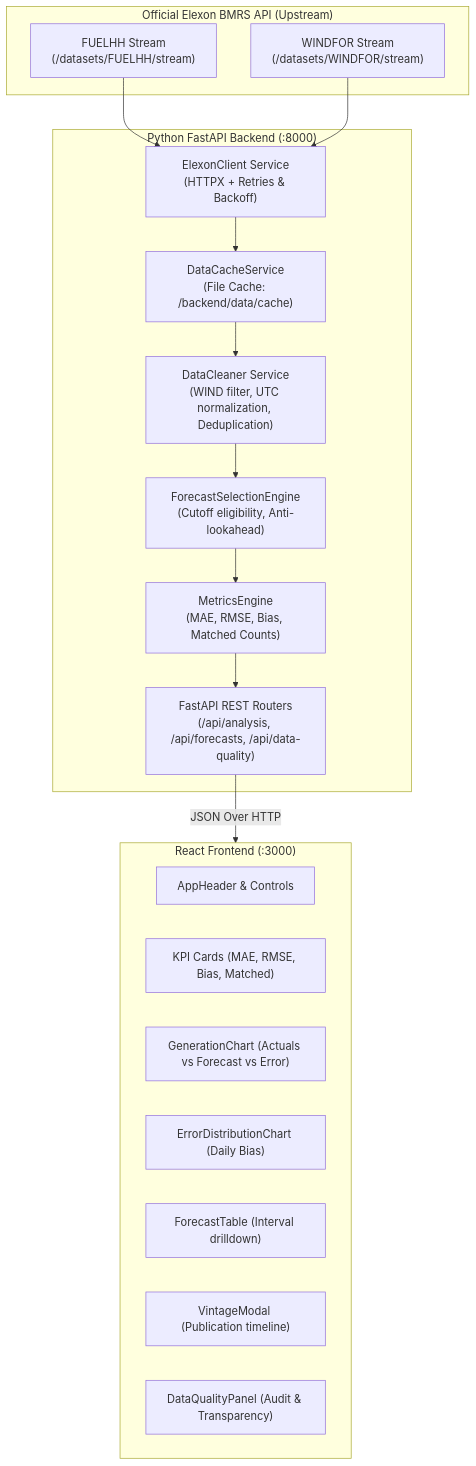
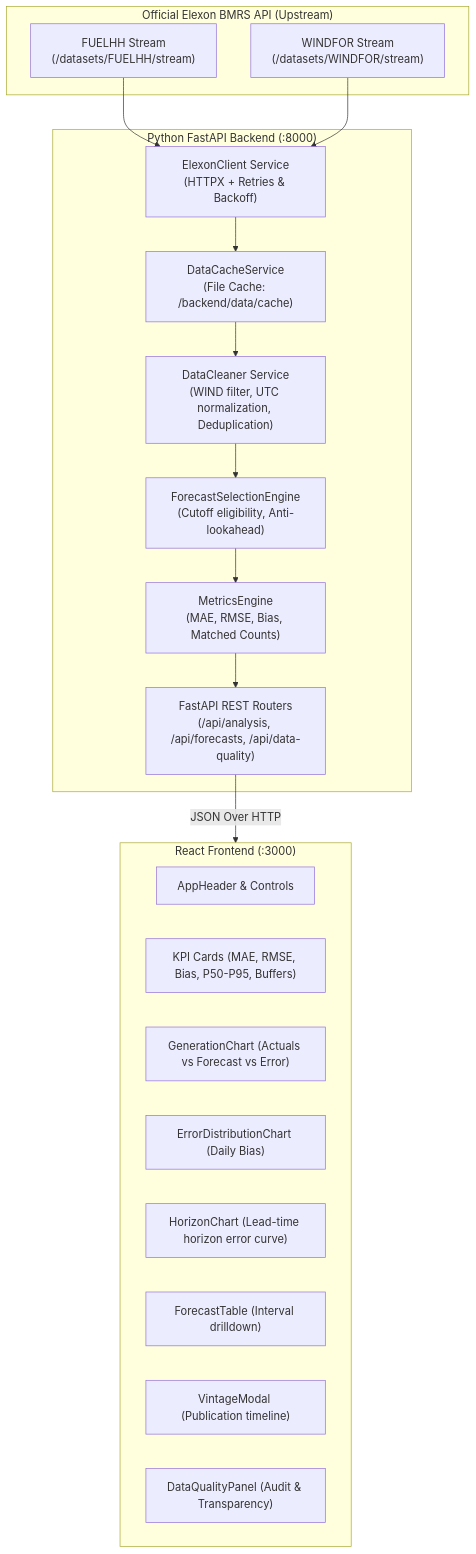
The diagram in docs/architecture.md (mishrarakesh-1902/xyzertsd), drawn with Mermaid before and after one commit. The commit also changed other lines of this file and 25 other files, not shown here.

Commit message:
feat: implement 09:20 UK gate closure cutoff, horizon error analysis, risk-sizing metrics, and build hygiene

````diff
--- a/docs/architecture.md
+++ b/docs/architecture.md
@@ -7,35 +7,36 @@
 ```mermaid
 flowchart TD
     subgraph Elexon["Official Elexon BMRS API (Upstream)"]
         F_API["FUELHH Stream\n(/datasets/FUELHH/stream)"]
         W_API["WINDFOR Stream\n(/datasets/WINDFOR/stream)"]
     end
 
     subgraph Backend["Python FastAPI Backend (:8000)"]
         Client["ElexonClient Service\n(HTTPX + Retries & Backoff)"]
         Cache["DataCacheService\n(File Cache: /backend/data/cache)"]
         Cleaner["DataCleaner Service\n(WIND filter, UTC normalization, Deduplication)"]
         Selector["ForecastSelectionEngine\n(Cutoff eligibility, Anti-lookahead)"]
         Metrics["MetricsEngine\n(MAE, RMSE, Bias, Matched Counts)"]
         API["FastAPI REST Routers\n(/api/analysis, /api/forecasts, /api/data-quality)"]
     end
 
     subgraph Frontend["React Frontend (:3000)"]
         Header["AppHeader & Controls"]
-        KPIs["KPI Cards (MAE, RMSE, Bias, Matched)"]
+        KPIs["KPI Cards (MAE, RMSE, Bias, P50-P95, Buffers)"]
         Chart["GenerationChart (Actuals vs Forecast vs Error)"]
         DistChart["ErrorDistributionChart (Daily Bias)"]
+        Horizon["HorizonChart (Lead-time horizon error curve)"]
         Table["ForecastTable (Interval drilldown)"]
         VintageModal["VintageModal (Publication timeline)"]
         QualityPanel["DataQualityPanel (Audit & Transparency)"]
     end
 
     F_API --> Client
     W_API --> Client
     Client --> Cache
     Cache --> Cleaner
     Cleaner --> Selector
     Selector --> Metrics
     Metrics --> API
     API -->|JSON Over HTTP| Frontend
 ```
````
